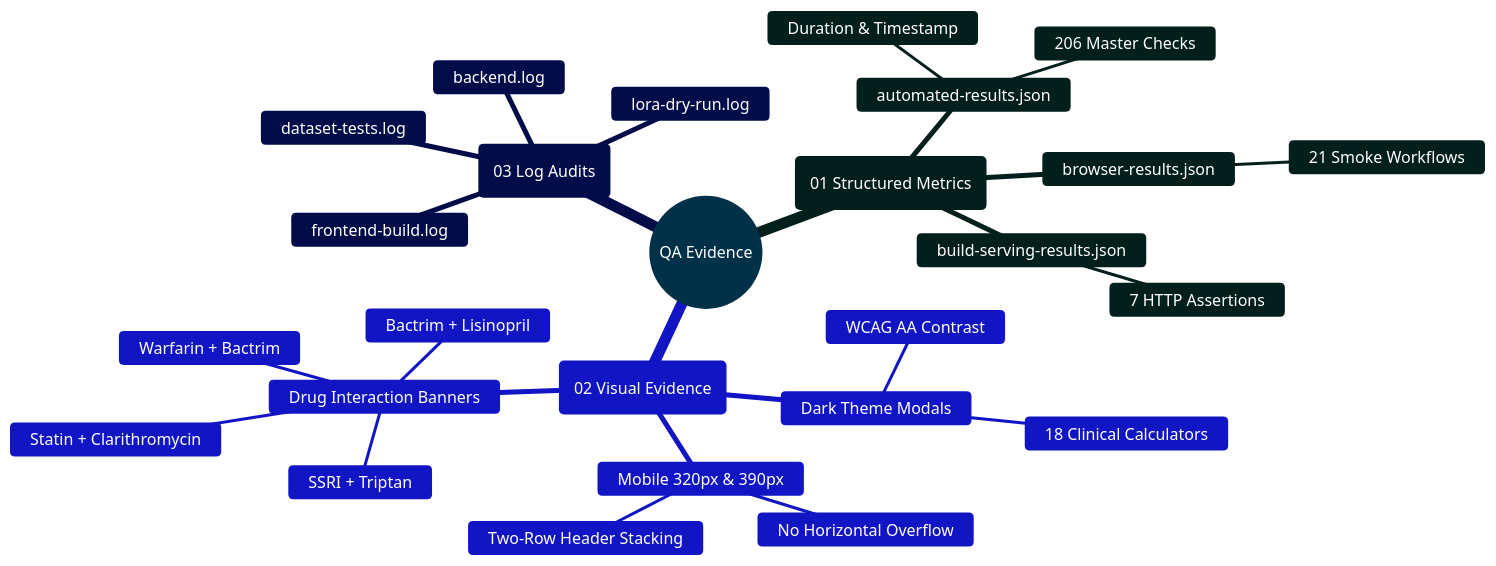
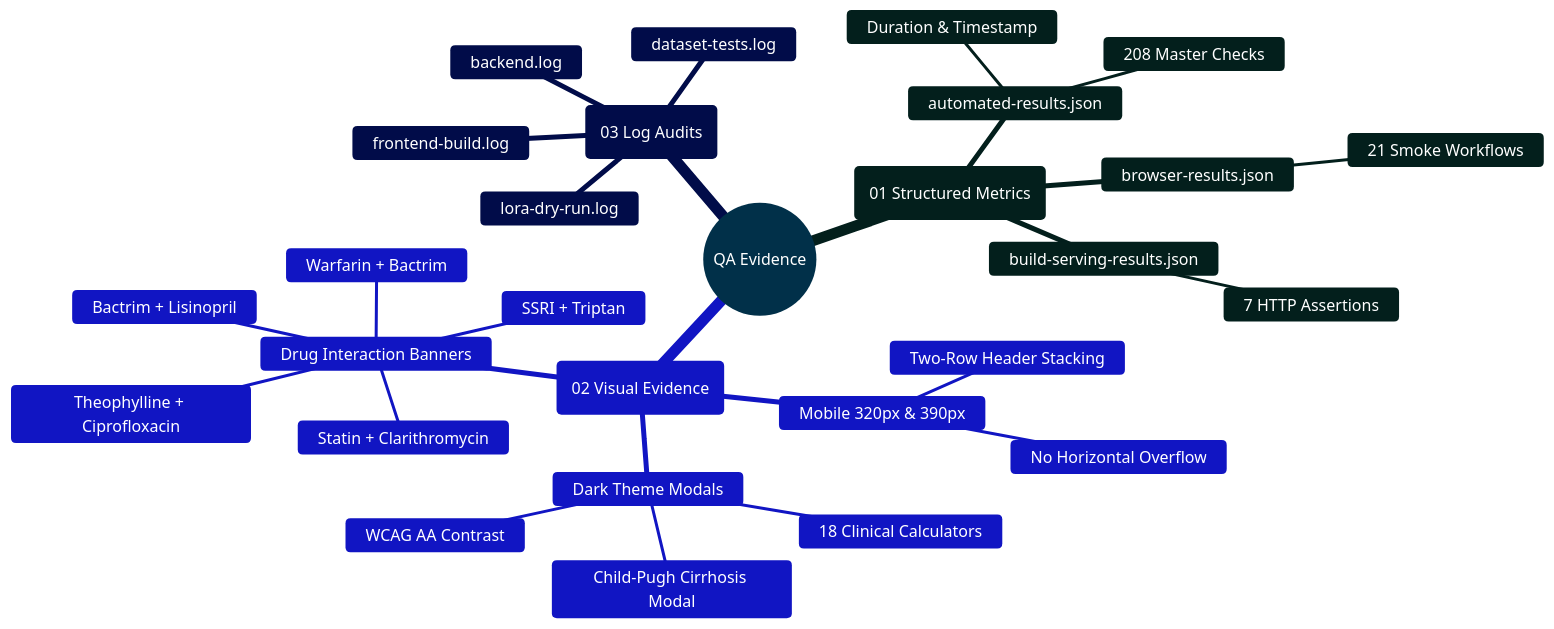
One commit to Ganesh172919/React-App-LLM changed the diagram in output/qa/README.md. Above: the diagram before and after it, drawn with Mermaid. The commit also changed other lines of this file and 70 other files, not shown here.

Commit message:
feat: complete clinical suite expansion to 18 tools (Child-Pugh) and DDI screener to 19 rules (Theophylline + Cipro)

````diff
--- a/output/qa/README.md
+++ b/output/qa/README.md
@@ -43,31 +45,33 @@
 ```mermaid
 %%{init: {'theme': 'base', 'themeVariables': { 'primaryColor': '#0284c7', 'primaryTextColor': '#ffffff', 'primaryBorderColor': '#0369a1', 'lineColor': '#0284c7', 'secondaryColor': '#0d9488', 'tertiaryColor': '#6366f1' }}}%%
 mindmap
   root((QA Evidence))
     ::icon(fa fa-clipboard-check)
     (01 Structured Metrics)
       automated-results.json
-        206 Master Checks
+        208 Master Checks
         Duration & Timestamp
       browser-results.json
         21 Smoke Workflows
       build-serving-results.json
         7 HTTP Assertions
     (02 Visual Evidence)
       Mobile 320px & 390px
         No Horizontal Overflow
         Two-Row Header Stacking
       Dark Theme Modals
         WCAG AA Contrast
         18 Clinical Calculators
+        Child-Pugh Cirrhosis Modal
       Drug Interaction Banners
+        Theophylline + Ciprofloxacin
         Warfarin + Bactrim
         SSRI + Triptan
         Bactrim + Lisinopril
         Statin + Clarithromycin
     (03 Log Audits)
       backend.log
       frontend-build.log
       dataset-tests.log
       lora-dry-run.log
 ```
````
